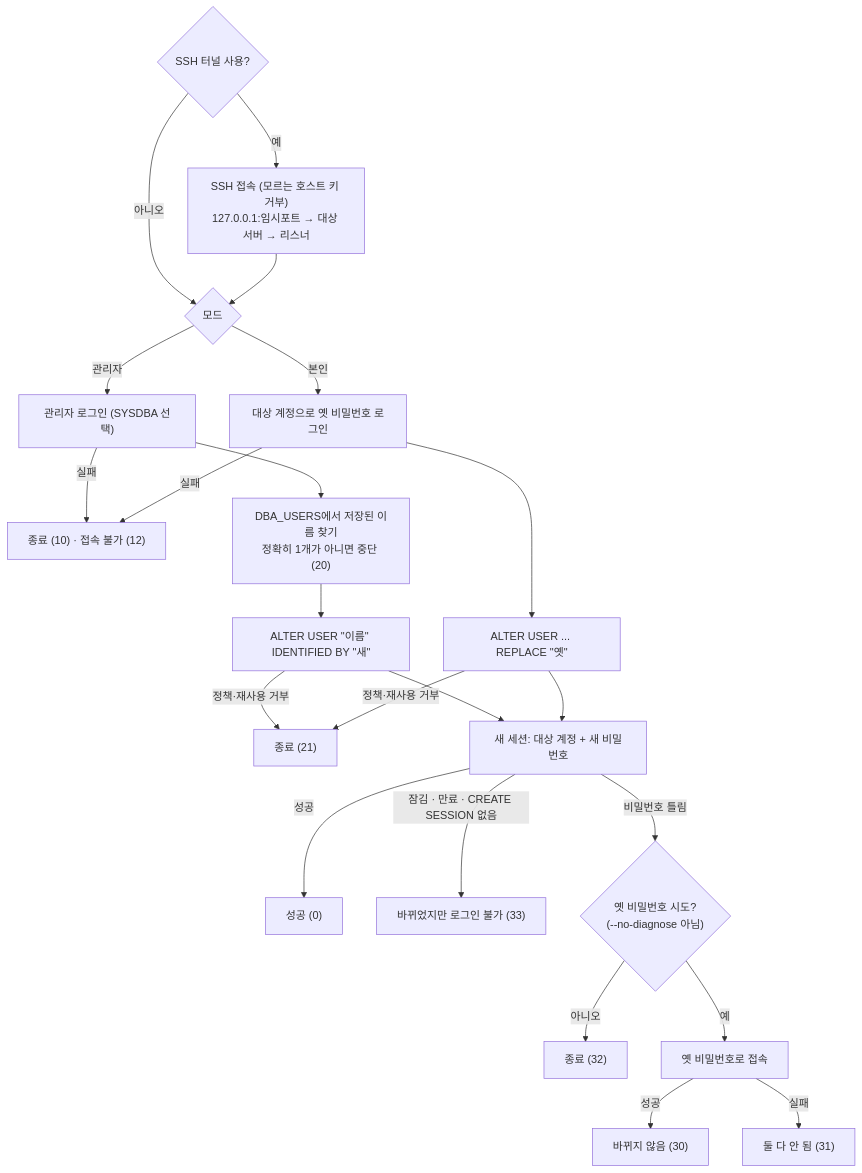
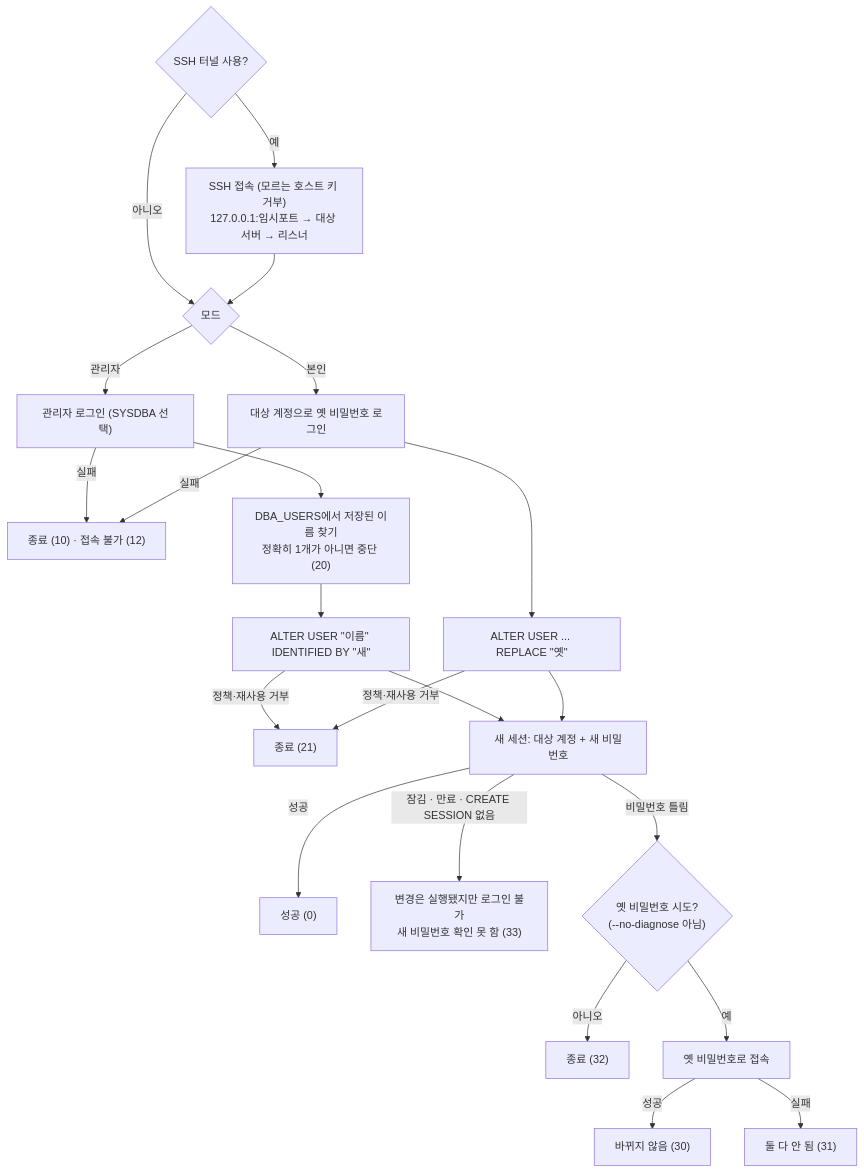
One commit to Shinbaee/oracle-password-rotate changed the diagram in README.md. Above: the diagram before and after it, drawn with Mermaid. The commit also changed other lines of this file and 3 other files, not shown here.

````diff
--- a/README.md
+++ b/README.md
@@ -19,24 +19,24 @@
 ```mermaid
 flowchart TD
     T{"SSH 터널 사용?"} -->|"예"| TN["SSH 접속 (모르는 호스트 키 거부)<br/>127.0.0.1:임시포트 → 대상 서버 → 리스너"]
     T -->|"아니오"| A
     TN --> A{"모드"}
     A -->|"관리자"| B["관리자 로그인 (SYSDBA 선택)"]
     A -->|"본인"| C["대상 계정으로 옛 비밀번호 로그인"]
     B -->|"실패"| X10["종료 (10) · 접속 불가 (12)"]
     C -->|"실패"| X10
     B --> D["DBA_USERS에서 저장된 이름 찾기<br/>정확히 1개가 아니면 중단 (20)"]
     D --> E["ALTER USER #quot;이름#quot; IDENTIFIED BY #quot;새#quot;"]
     C --> E2["ALTER USER ... REPLACE #quot;옛#quot;"]
     E -->|"정책·재사용 거부"| X21["종료 (21)"]
     E2 -->|"정책·재사용 거부"| X21
     E --> V["새 세션: 대상 계정 + 새 비밀번호"]
     E2 --> V
     V -->|"성공"| S["성공 (0)"]
-    V -->|"잠김 · 만료 · CREATE SESSION 없음"| X33["바뀌었지만 로그인 불가 (33)"]
+    V -->|"잠김 · 만료 · CREATE SESSION 없음"| X33["변경은 실행됐지만 로그인 불가<br/>새 비밀번호 확인 못 함 (33)"]
     V -->|"비밀번호 틀림"| O{"옛 비밀번호 시도?<br/>(--no-diagnose 아님)"}
     O -->|"아니오"| X32["종료 (32)"]
     O -->|"예"| OLD["옛 비밀번호로 접속"]
     OLD -->|"성공"| X30["바뀌지 않음 (30)"]
     OLD -->|"실패"| X31["둘 다 안 됨 (31)"]
 ```
````
